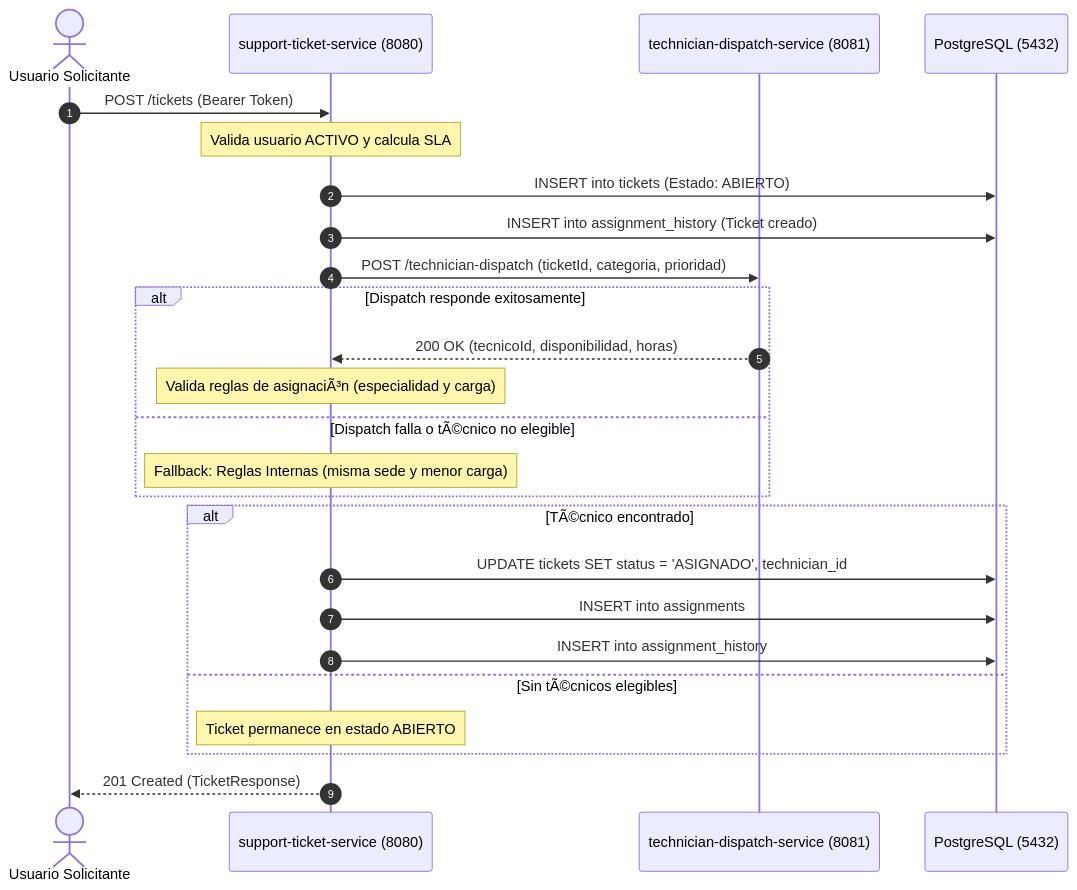
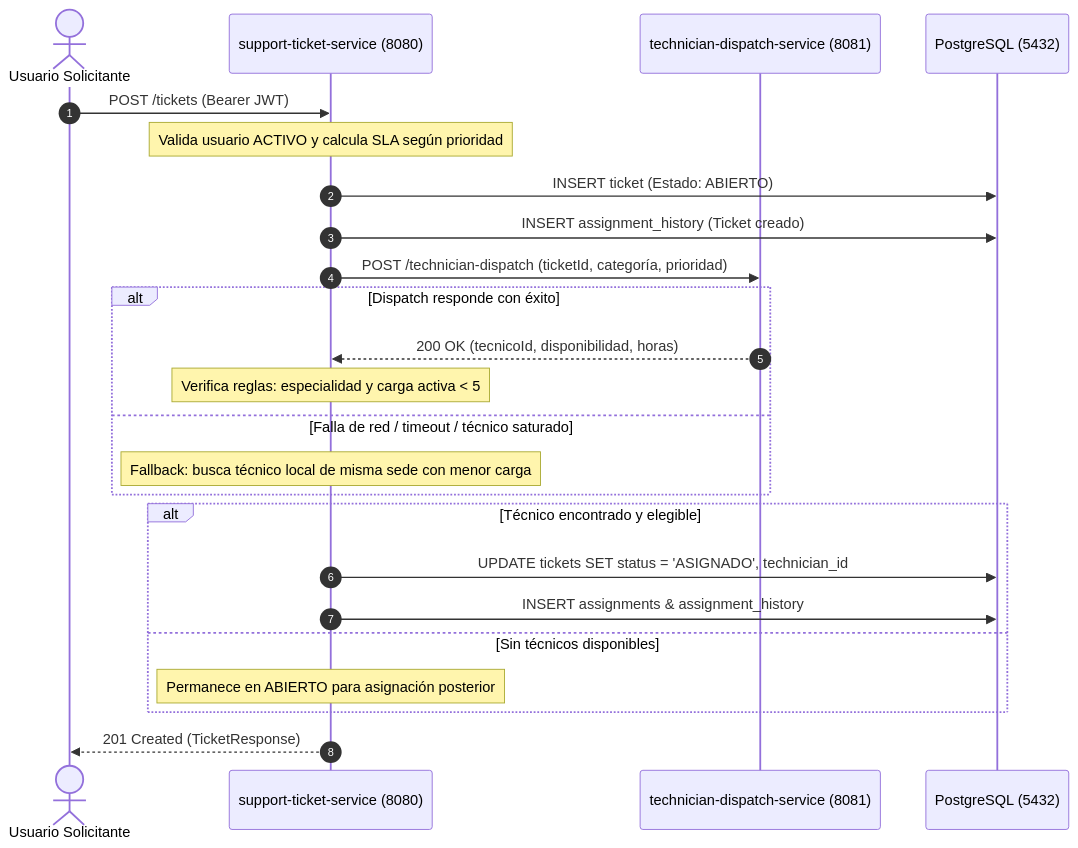
One commit to JuanGale-20/HelpFlow changed the second of 3 diagrams in README.md. Above: the diagram before and after it, drawn with Mermaid. The commit also changed other lines of this file, not shown here.

````diff
--- a/README.md
+++ b/README.md
@@ -78,31 +112,30 @@
 ```mermaid
 sequenceDiagram
     autonumber
     actor Usuario as Usuario Solicitante
-    participant TicketService as support-ticket-service (8080)
-    participant DispatchService as technician-dispatch-service (8081)
+    participant Core as support-ticket-service (8080)
+    participant Dispatch as technician-dispatch-service (8081)
     participant DB as PostgreSQL (5432)
 
-    Usuario->>TicketService: POST /tickets (Bearer Token)
-    Note over TicketService: Valida usuario ACTIVO y calcula SLA
-    TicketService->>DB: INSERT into tickets (Estado: ABIERTO)
-    TicketService->>DB: INSERT into assignment_history (Ticket creado)
+    Usuario->>Core: POST /tickets (Bearer JWT)
+    Note over Core: Valida usuario ACTIVO y calcula SLA según prioridad
+    Core->>DB: INSERT ticket (Estado: ABIERTO)
+    Core->>DB: INSERT assignment_history (Ticket creado)
 
-    TicketService->>DispatchService: POST /technician-dispatch (ticketId, categoria, prioridad)
-    alt Dispatch responde exitosamente
-        DispatchService-->>TicketService: 200 OK (tecnicoId, disponibilidad, horas)
-        Note over TicketService: Valida reglas de asignaciÃ³n (especialidad y carga)
-    else Dispatch falla o tÃ©cnico no elegible
-        Note over TicketService: Fallback: Reglas Internas (misma sede y menor carga)
+    Core->>Dispatch: POST /technician-dispatch (ticketId, categoría, prioridad)
+    alt Dispatch responde con éxito
+        Dispatch-->>Core: 200 OK (tecnicoId, disponibilidad, horas)
+        Note over Core: Verifica reglas: especialidad y carga activa < 5
+    else Falla de red / timeout / técnico saturado
+        Note over Core: Fallback: busca técnico local de misma sede con menor carga
     end
 
-    alt TÃ©cnico encontrado
-        TicketService->>DB: UPDATE tickets SET status = 'ASIGNADO', technician_id
-        TicketService->>DB: INSERT into assignments
-        TicketService->>DB: INSERT into assignment_history
-    else Sin tÃ©cnicos elegibles
-        Note over TicketService: Ticket permanece en estado ABIERTO
+    alt Técnico encontrado y elegible
+        Core->>DB: UPDATE tickets SET status = 'ASIGNADO', technician_id
+        Core->>DB: INSERT assignments & assignment_history
+    else Sin técnicos disponibles
+        Note over Core: Permanece en ABIERTO para asignación posterior
     end
 
-    TicketService-->>Usuario: 201 Created (TicketResponse)
+    Core-->>Usuario: 201 Created (TicketResponse)
 ```
````
